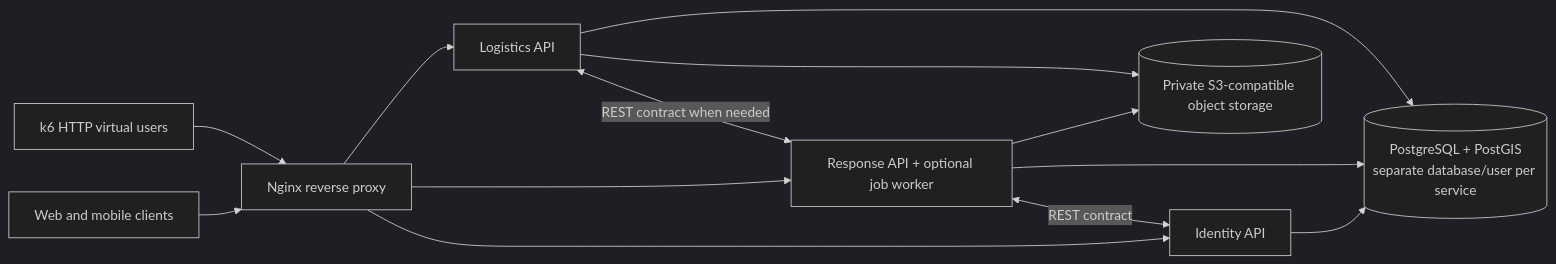
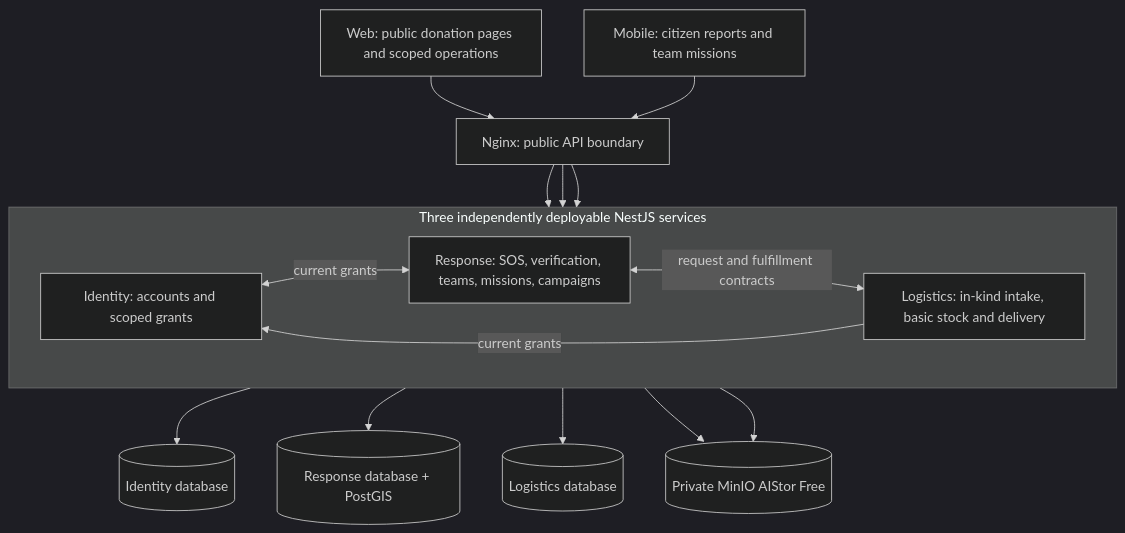
The first of 9 diagrams in docs/c48-technology-and-delivery-plan.md (sangvirgo/disaster-relief-management), drawn with Mermaid (dark theme) before and after one commit. The commit also changed other lines of this file and 13 other files, not shown here.

Commit message:
docs: revise C48 plan and review diagrams

````diff
--- a/docs/c48-technology-and-delivery-plan.md
+++ b/docs/c48-technology-and-delivery-plan.md
@@ -162,24 +203,29 @@
 ```mermaid
-flowchart LR
-  Clients[Web and mobile clients]
-  Proxy[Nginx reverse proxy]
-  Identity[Identity API]
-  Response[Response API + optional job worker]
-  Logistics[Logistics API]
-  DB[(PostgreSQL + PostGIS<br/>separate database/user per service)]
-  S3[(Private S3-compatible object storage)]
-  Load[k6 HTTP virtual users]
-
-  Clients --> Proxy
+flowchart TB
+  Web[Web: public donation pages and scoped operations]
+  Mobile[Mobile: citizen reports and team missions]
+  Proxy[Nginx: public API boundary]
+  subgraph Applications[Three independently deployable NestJS services]
+    direction LR
+    Identity[Identity: accounts and scoped grants]
+    Response[Response: SOS, verification, teams, missions, campaigns]
+    Logistics[Logistics: in-kind intake, basic stock and delivery]
+    Identity <-->|current grants| Response
+    Response <-->|request and fulfillment contracts| Logistics
+    Logistics -->|current grants| Identity
+  end
+  IDB[(Identity database)]
+  RDB[(Response database + PostGIS)]
+  LDB[(Logistics database)]
+  Files[(Private MinIO AIStor Free)]
+  Web --> Proxy
+  Mobile --> Proxy
   Proxy --> Identity
   Proxy --> Response
   Proxy --> Logistics
-  Identity --> DB
-  Response --> DB
-  Logistics --> DB
-  Response --> S3
-  Logistics --> S3
-  Response <-->|REST contract| Identity
-  Logistics <-->|REST contract when needed| Response
-  Load --> Proxy
+  Identity --> IDB
+  Response --> RDB
+  Logistics --> LDB
+  Response --> Files
+  Logistics --> Files
 ```
````
